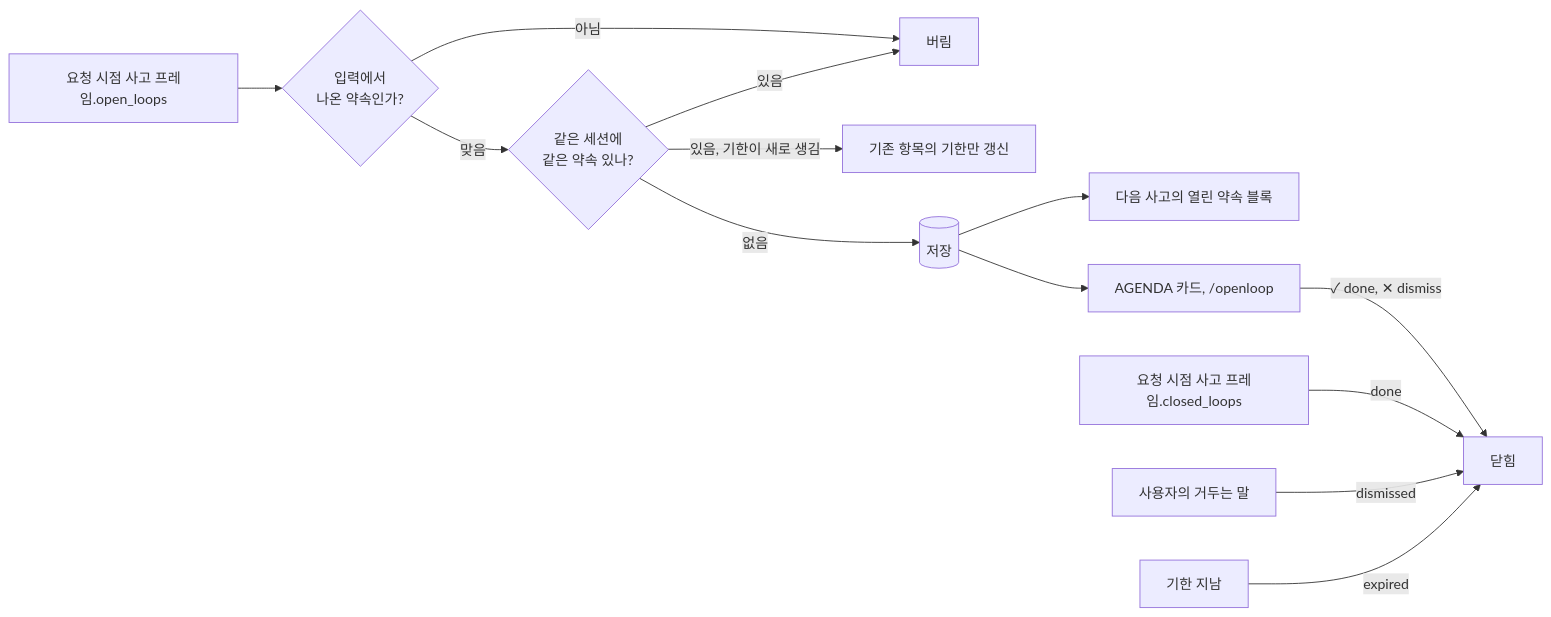
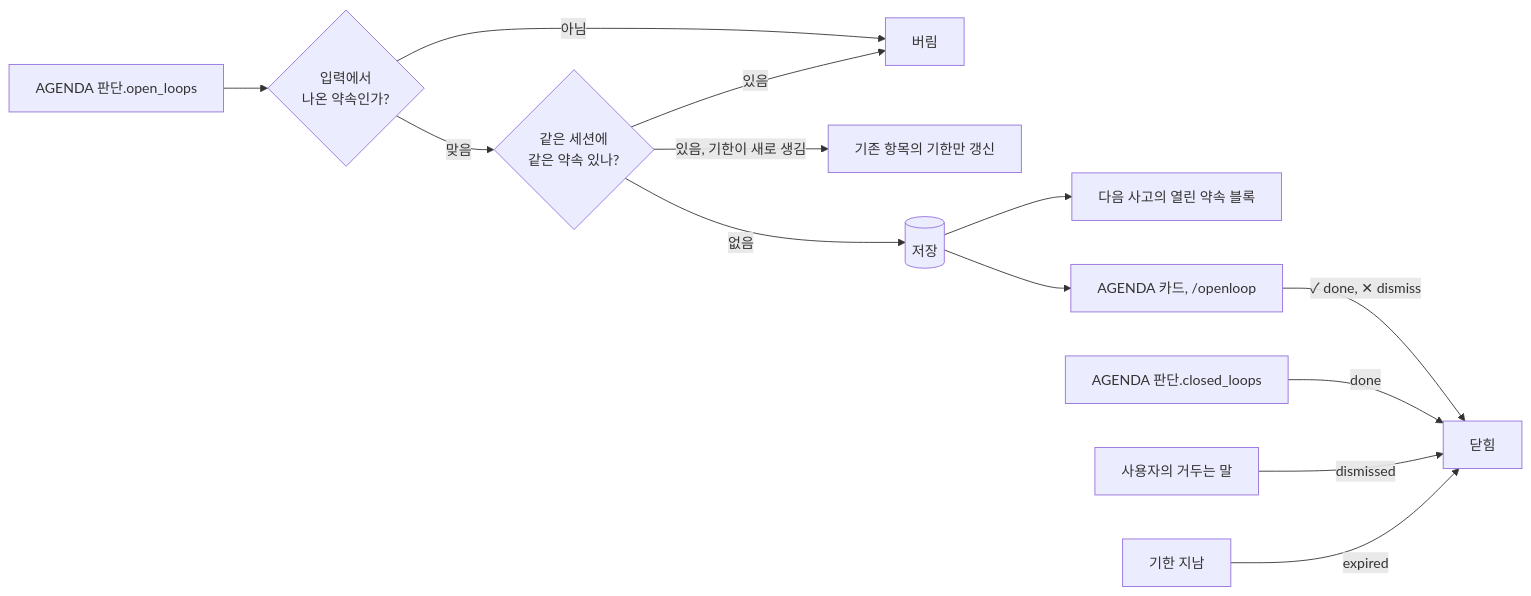
One commit to ash-hun/jarvis-agent changed the first of 2 diagrams in website/docs/concepts/conversation/open-loop.md. Above: the diagram before and after it, drawn with Mermaid. The commit also changed other lines of this file and 33 other files, not shown here.

````diff
--- a/website/docs/concepts/conversation/open-loop.md
+++ b/website/docs/concepts/conversation/open-loop.md
@@ -18,15 +18,15 @@
 ```mermaid
 flowchart LR
-  T[요청 시점 사고 프레임.open_loops] --> GR{입력에서<br/>나온 약속인가?}
+  T[AGENDA 판단.open_loops] --> GR{입력에서<br/>나온 약속인가?}
   GR -- 아님 --> X
   GR -- 맞음 --> U{같은 세션에<br/>같은 약속 있나?}
   U -- 있음, 기한이 새로 생김 --> G[기존 항목의 기한만 갱신]
   U -- 있음 --> X[버림]
   U -- 없음 --> S[(저장)]
   S --> R[다음 사고의 열린 약속 블록]
   S --> A[AGENDA 카드, /openloop]
   A -->|✓ done, ✕ dismiss| C[닫힘]
-  K[요청 시점 사고 프레임.closed_loops] -->|done| C
+  K[AGENDA 판단.closed_loops] -->|done| C
   Q[사용자의 거두는 말] -->|dismissed| C
   E[기한 지남] -->|expired| C
 ```
````
